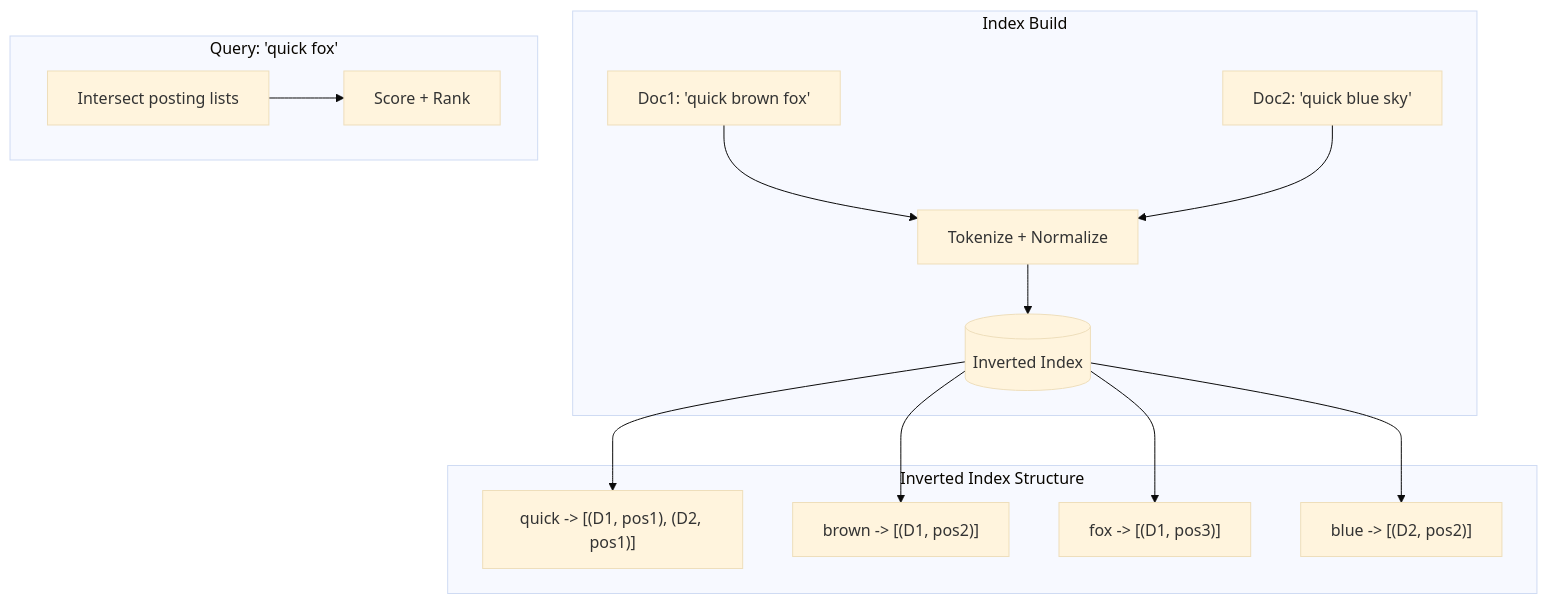
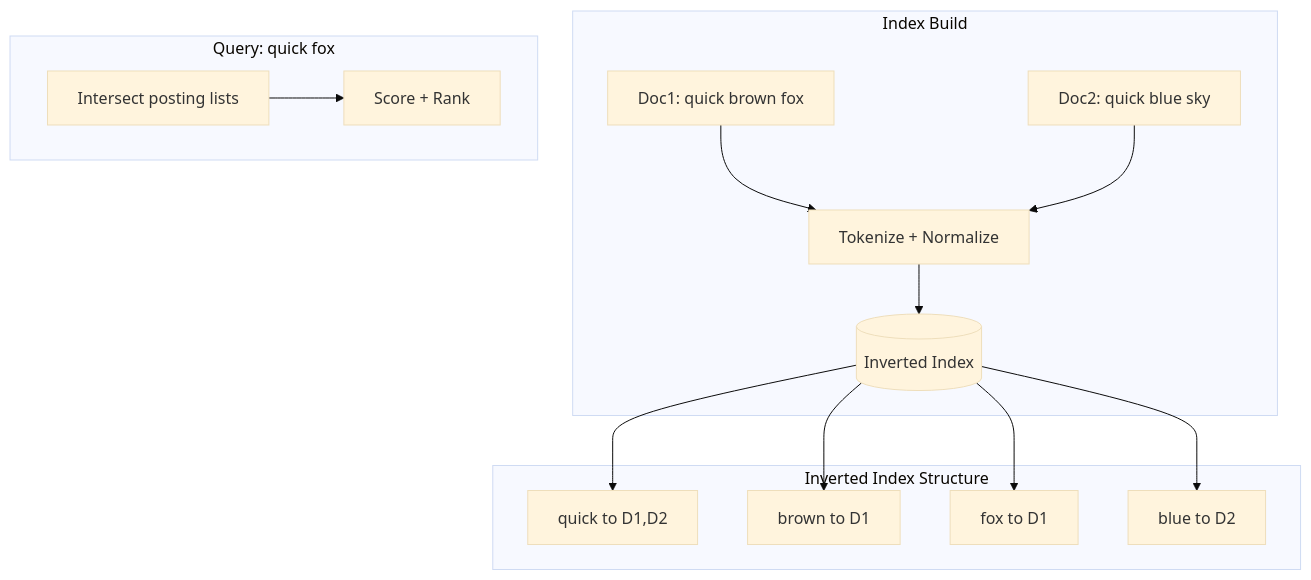
Before and after one commit to hareramcse/SystemDesign: the second of 3 diagrams in 14-search-systems/README.md, drawn with Mermaid (base theme). The commit also changed 14 other files, not shown here.

````diff
--- a/14-search-systems/README.md
+++ b/14-search-systems/README.md
@@ -107,19 +107,19 @@
 ```mermaid
 flowchart TB
-    subgraph Build["Index Build"]
-        D1["Doc1: 'quick brown fox'"]
-        D2["Doc2: 'quick blue sky'"]
+    subgraph Build[Index Build]
+        D1[Doc1: quick brown fox]
+        D2[Doc2: quick blue sky]
         D1 --> Tok[Tokenize + Normalize]
         D2 --> Tok
         Tok --> Inv[(Inverted Index)]
     end
-    subgraph Index["Inverted Index Structure"]
-        Inv --> quick["quick -> [(D1, pos1), (D2, pos1)]"]
-        Inv --> brown["brown -> [(D1, pos2)]"]
-        Inv --> fox["fox -> [(D1, pos3)]"]
-        Inv --> blue["blue -> [(D2, pos2)]"]
+    subgraph Index[Inverted Index Structure]
+        Inv --> quick[quick to D1,D2]
+        Inv --> brown[brown to D1]
+        Inv --> fox[fox to D1]
+        Inv --> blue[blue to D2]
     end
-    subgraph Query["Query: 'quick fox'"]
+    subgraph Query[Query: quick fox]
         Q[Intersect posting lists] --> Score[Score + Rank]
     end
 ```
````
